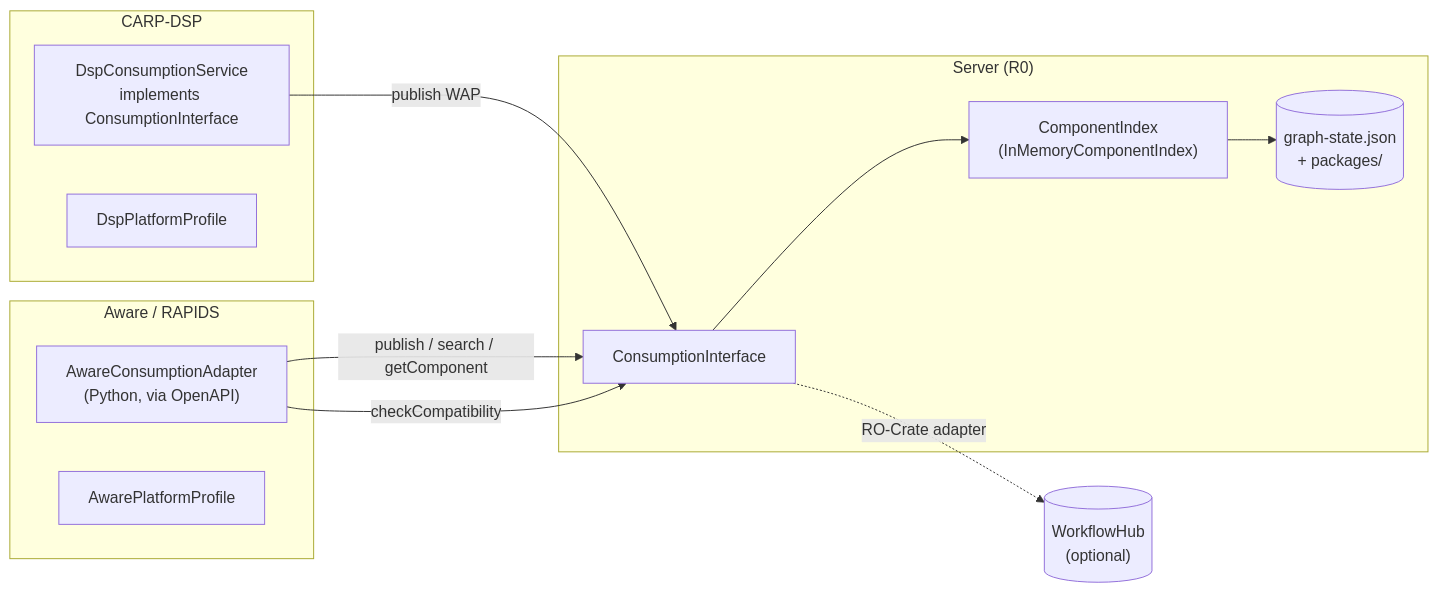
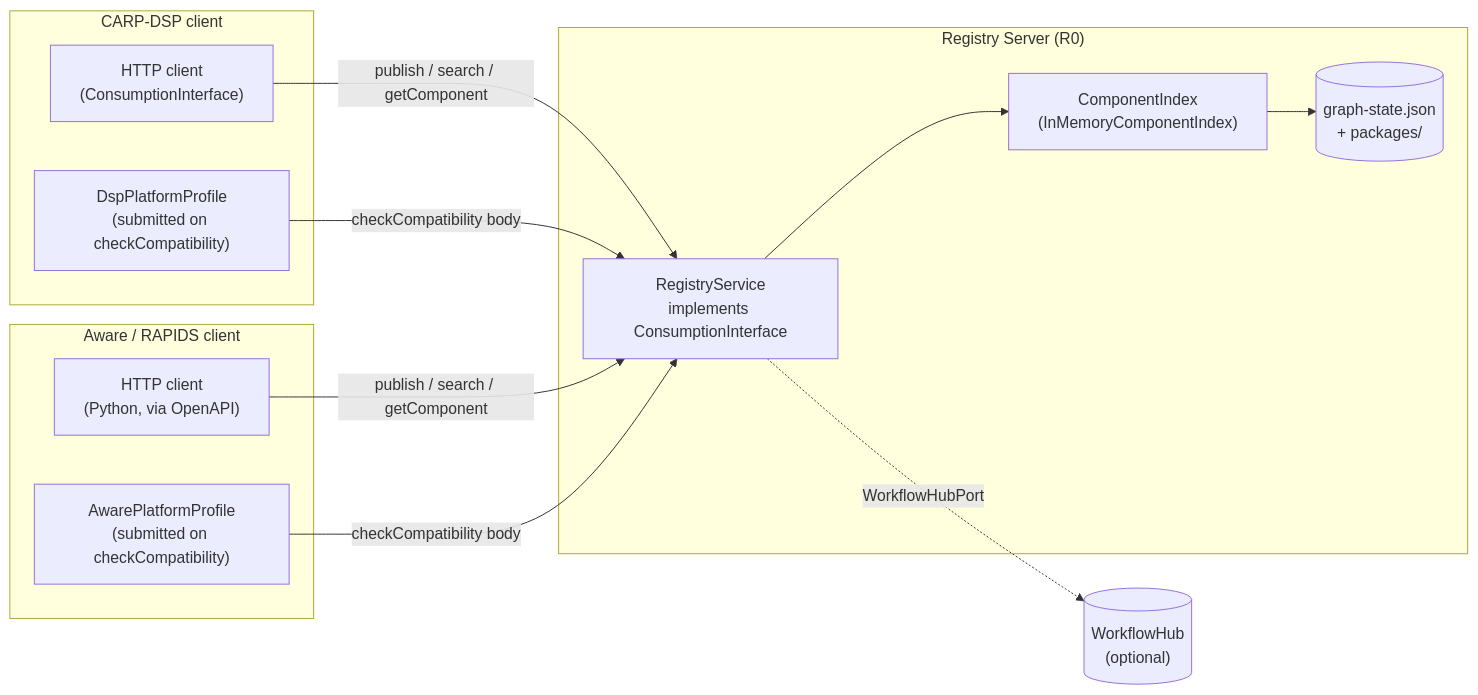
One commit to carp-dk/health-workflow-interfaces changed the diagram in README.md. Above: the diagram before and after it, drawn with Mermaid. The commit also changed other lines of this file and 8 other files, not shown here.

First line of the commit message:
feat(api):  make registry platform-neutral

````diff
--- a/README.md
+++ b/README.md
@@ -35,29 +35,30 @@
 ```mermaid
 flowchart LR
-    subgraph CARP ["CARP-DSP"]
-        DSP_SVC["DspConsumptionService\nimplements ConsumptionInterface"]
-        DSP_PROF["DspPlatformProfile"]
-    end
-
-    subgraph SERVER ["Server (R0)"]
-        CI["ConsumptionInterface"]
+    subgraph SERVER ["Registry Server (R0)"]
+        CI["RegistryService\nimplements ConsumptionInterface"]
         IDX["ComponentIndex\n(InMemoryComponentIndex)"]
         STORE[("graph-state.json\n+ packages/")]
     end
 
-    subgraph AWARE ["Aware / RAPIDS"]
-        AWR_ADAPT["AwareConsumptionAdapter\n(Python, via OpenAPI)"]
-        AWR_PROF["AwarePlatformProfile"]
+    subgraph CARP ["CARP-DSP client"]
+        DSP_HTTP["HTTP client\n(ConsumptionInterface)"]
+        DSP_PROF["DspPlatformProfile\n(submitted on checkCompatibility)"]
+    end
+
+    subgraph AWARE ["Aware / RAPIDS client"]
+        AWR_HTTP["HTTP client\n(Python, via OpenAPI)"]
+        AWR_PROF["AwarePlatformProfile\n(submitted on checkCompatibility)"]
     end
 
     WFH[("WorkflowHub\n(optional)")]
 
-    DSP_SVC -->|publish WAP| CI
+    DSP_HTTP -->|publish / search / getComponent| CI
+    DSP_PROF -->|checkCompatibility body| CI
+
+    AWR_HTTP -->|publish / search / getComponent| CI
+    AWR_PROF -->|checkCompatibility body| CI
+
     CI --> IDX
     IDX --> STORE
-
-    AWR_ADAPT -->|publish / search / getComponent| CI
-    AWR_ADAPT -->|checkCompatibility| CI
-
-    CI -.->|RO-Crate adapter| WFH
+    CI -.->|WorkflowHubPort| WFH
 ```
````
